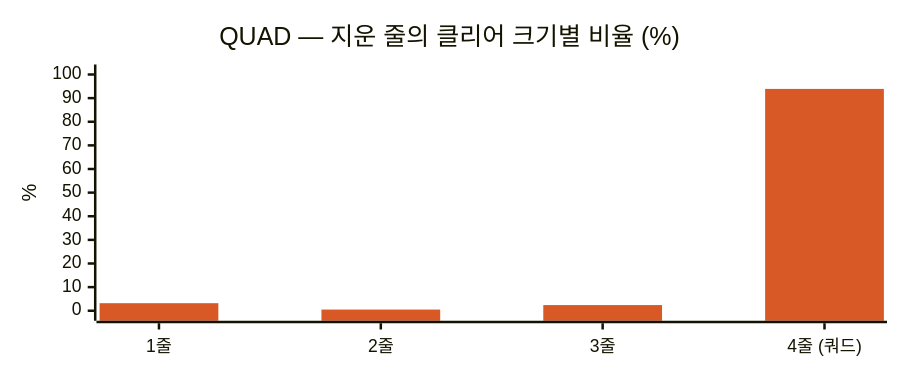
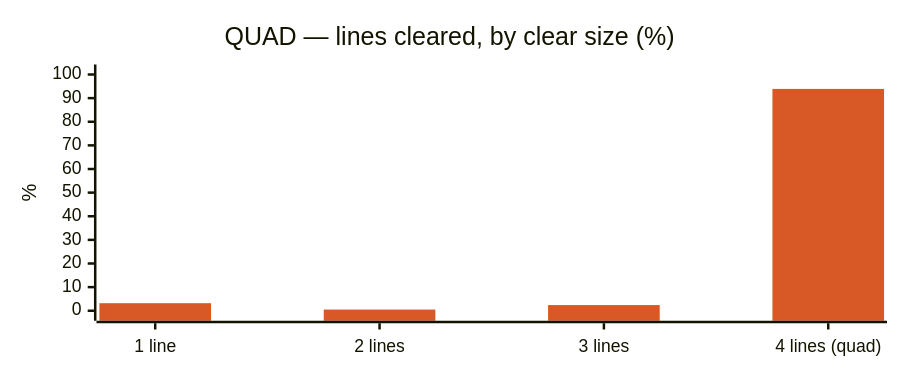
The third of 5 diagrams in README.md (JTech-CO/Tetrio-AI), drawn with Mermaid before and after one commit. The commit also changed other lines of this file and 6 other files, not shown here.

````diff
--- a/README.md
+++ b/README.md
@@ -66,8 +89,8 @@
 ```mermaid
 %%{init: {"xyChart": {"height": 280}, "themeVariables": {"xyChart": {"plotColorPalette": "#d95926"}}}}%%
 xychart-beta
-    title "QUAD — 지운 줄의 클리어 크기별 비율 (%)"
-    x-axis ["1줄", "2줄", "3줄", "4줄 (쿼드)"]
+    title "QUAD — lines cleared, by clear size (%)"
+    x-axis ["1 line", "2 lines", "3 lines", "4 lines (quad)"]
     y-axis "%" 0 --> 100
     bar [3.2, 0.5, 2.4, 93.9]
 ```
````
